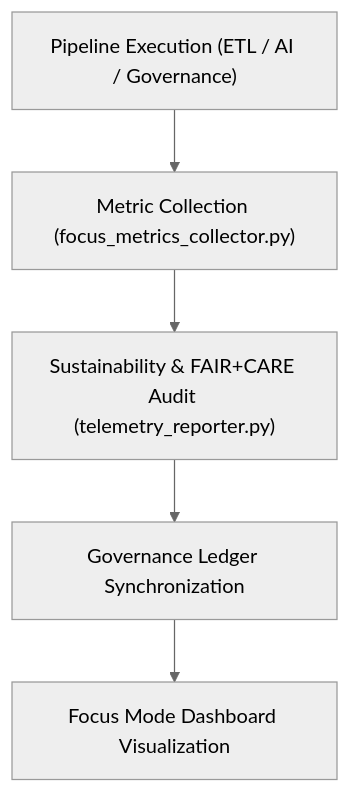
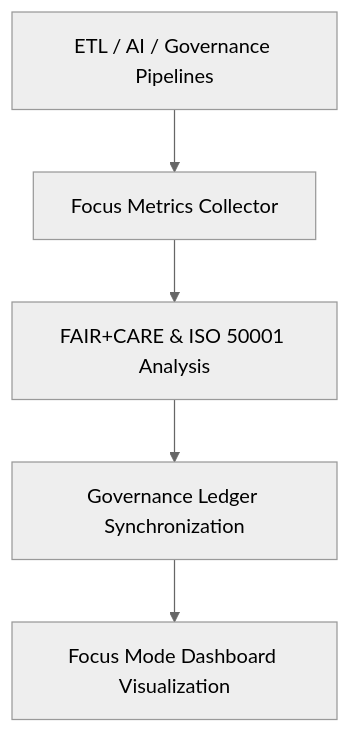
The diagram in src/pipelines/telemetry/README.md (bartytime4life/Kansas-Frontier-Matrix), drawn with Mermaid (neutral theme) before and after one commit. The commit also changed other lines of this file, not shown here.

Commit message:
Update README for telemetry pipelines to v9.7.0

````diff
--- a/src/pipelines/telemetry/README.md
+++ b/src/pipelines/telemetry/README.md
@@ -65,7 +65,7 @@
 ```mermaid
 flowchart TD
-    A["Pipeline Execution (ETL / AI / Governance)"] --> B["Metric Collection (focus_metrics_collector.py)"]
-    B --> C["Sustainability & FAIR+CARE Audit (telemetry_reporter.py)"]
+    A["ETL / AI / Governance Pipelines"] --> B["Focus Metrics Collector"]
+    B --> C["FAIR+CARE & ISO 50001 Analysis"]
     C --> D["Governance Ledger Synchronization"]
     D --> E["Focus Mode Dashboard Visualization"]
 ```
````
